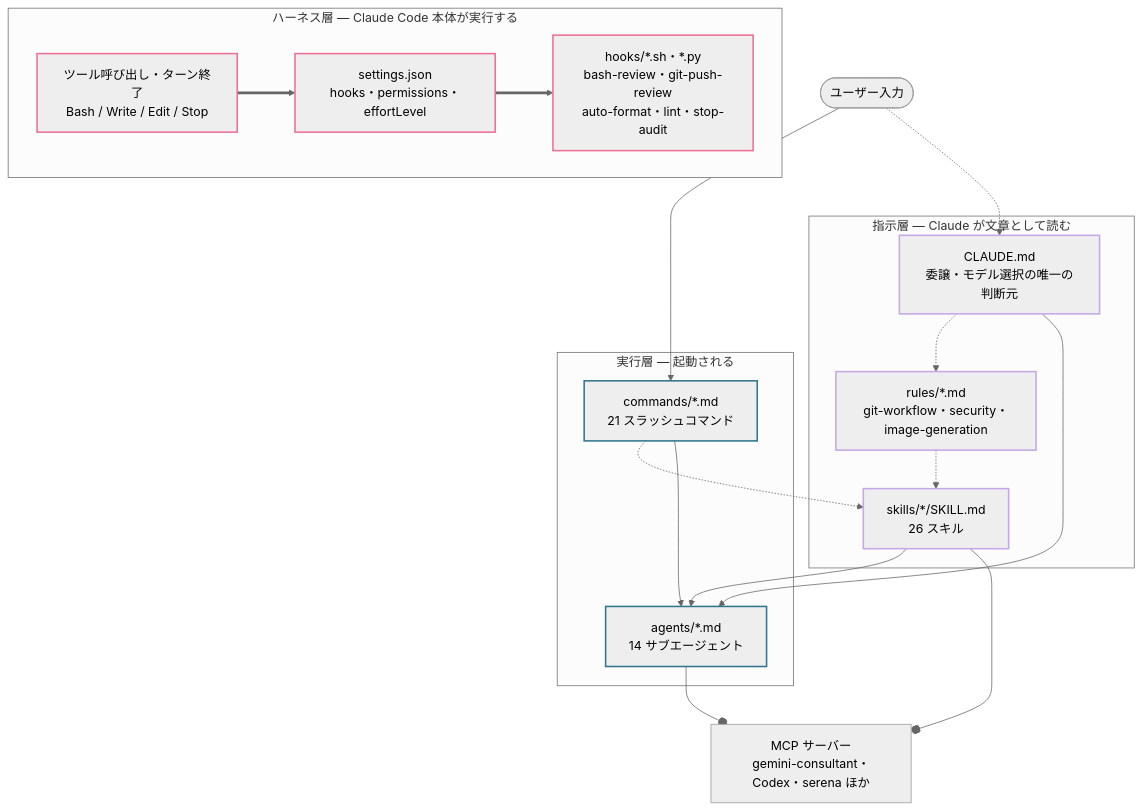
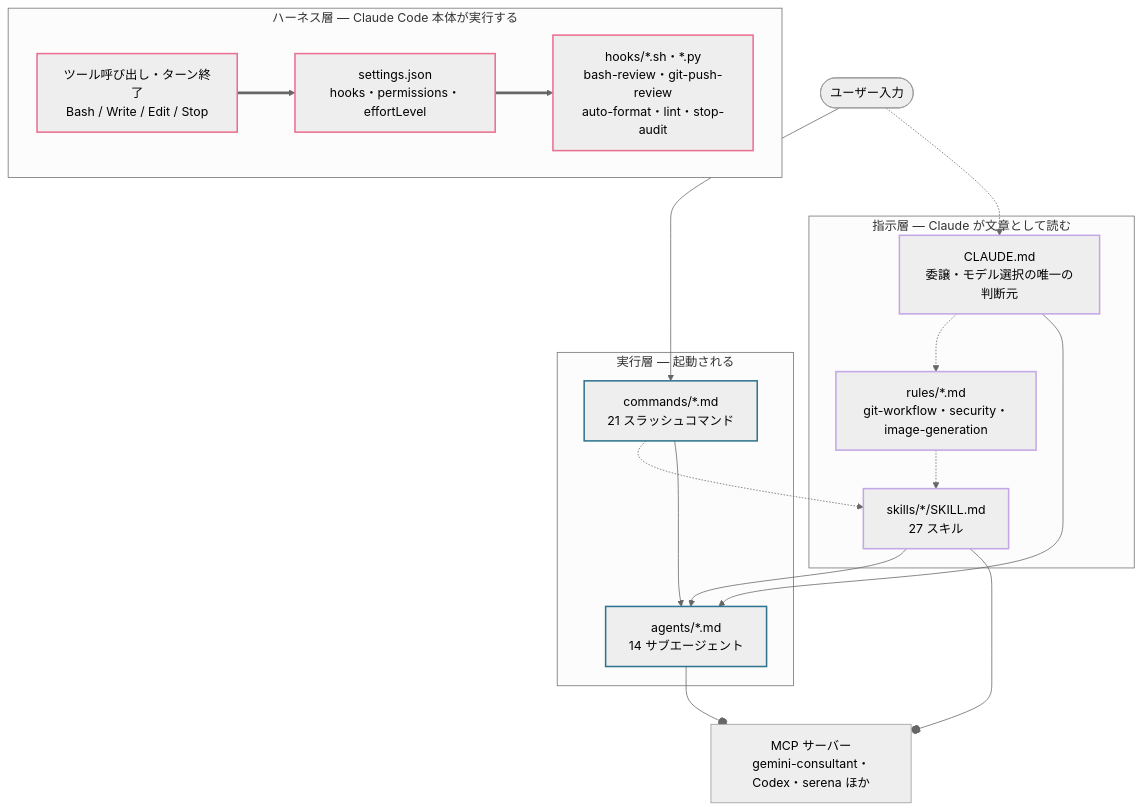
The first of 4 diagrams in docs/claude-architecture.md (sardonyx0827/dotfiles), drawn with Mermaid (neutral theme) before and after one commit. The commit also changed other lines of this file and 4 other files, not shown here.

First line of the commit message:
feat(skills): add codebase-survey skill

````diff
--- a/docs/claude-architecture.md
+++ b/docs/claude-architecture.md
@@ -45,43 +45,43 @@
 ```mermaid
 flowchart TB
     U(["ユーザー入力"])
 
     subgraph HARNESS["ハーネス層 — Claude Code 本体が実行する"]
         TOOL["ツール呼び出し・ターン終了<br/>Bash / Write / Edit / Stop"]
         SET["settings.json<br/>hooks・permissions・effortLevel"]
         HOOK["hooks/*.sh・*.py<br/>bash-review・git-push-review<br/>auto-format・lint・stop-audit"]
     end
 
     subgraph CONTEXT["指示層 — Claude が文章として読む"]
         CM["CLAUDE.md<br/>委譲・モデル選択の唯一の判断元"]
         RULE["rules/*.md<br/>git-workflow・security・image-generation"]
-        SKILL["skills/*/SKILL.md<br/>26 スキル"]
+        SKILL["skills/*/SKILL.md<br/>27 スキル"]
     end
 
     subgraph ACTOR["実行層 — 起動される"]
         CMD["commands/*.md<br/>21 スラッシュコマンド"]
         AGENT["agents/*.md<br/>14 サブエージェント"]
     end
 
     MCP["MCP サーバー<br/>gemini-consultant・Codex・serena ほか"]
 
     U --> CMD
     U -.-> CM
     CM -.-> RULE
     RULE -.-> SKILL
     CMD -.-> SKILL
     CM --> AGENT
     CMD --> AGENT
     SKILL --> AGENT
     SKILL --o MCP
     AGENT --o MCP
     TOOL ==> SET
     SET ==> HOOK
 
     classDef harness stroke:#eb6f92,stroke-width:2px
     classDef context stroke:#c4a7e7,stroke-width:2px
     classDef actor stroke:#31748f,stroke-width:2px
     class TOOL,SET,HOOK harness
     class CM,RULE,SKILL context
     class CMD,AGENT actor
 ```
````
